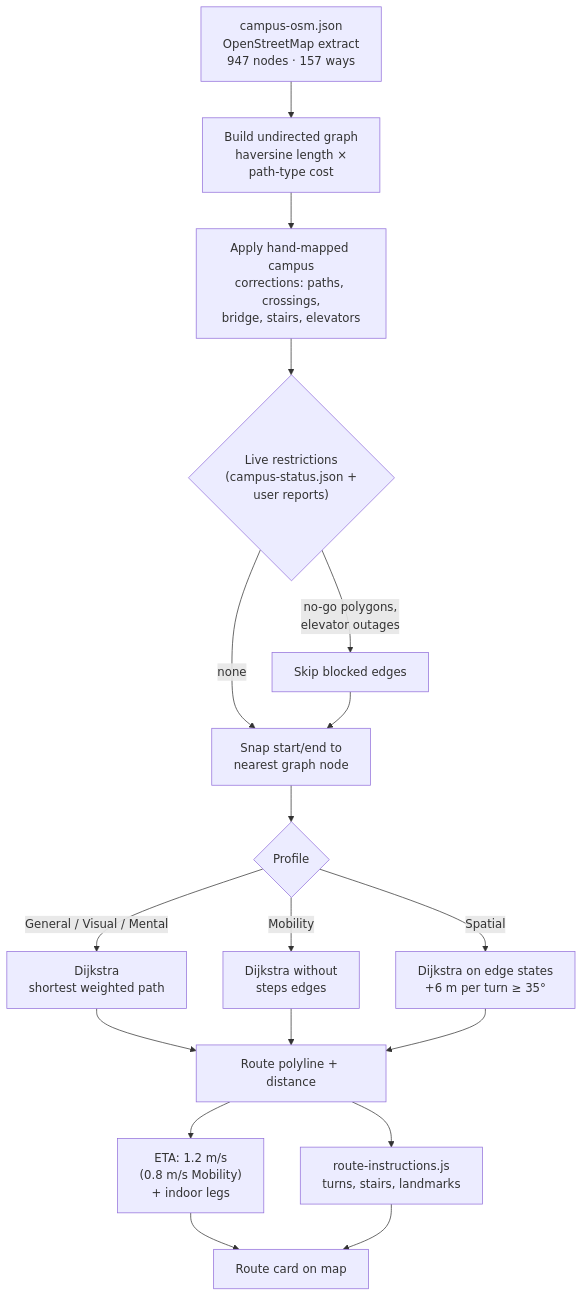
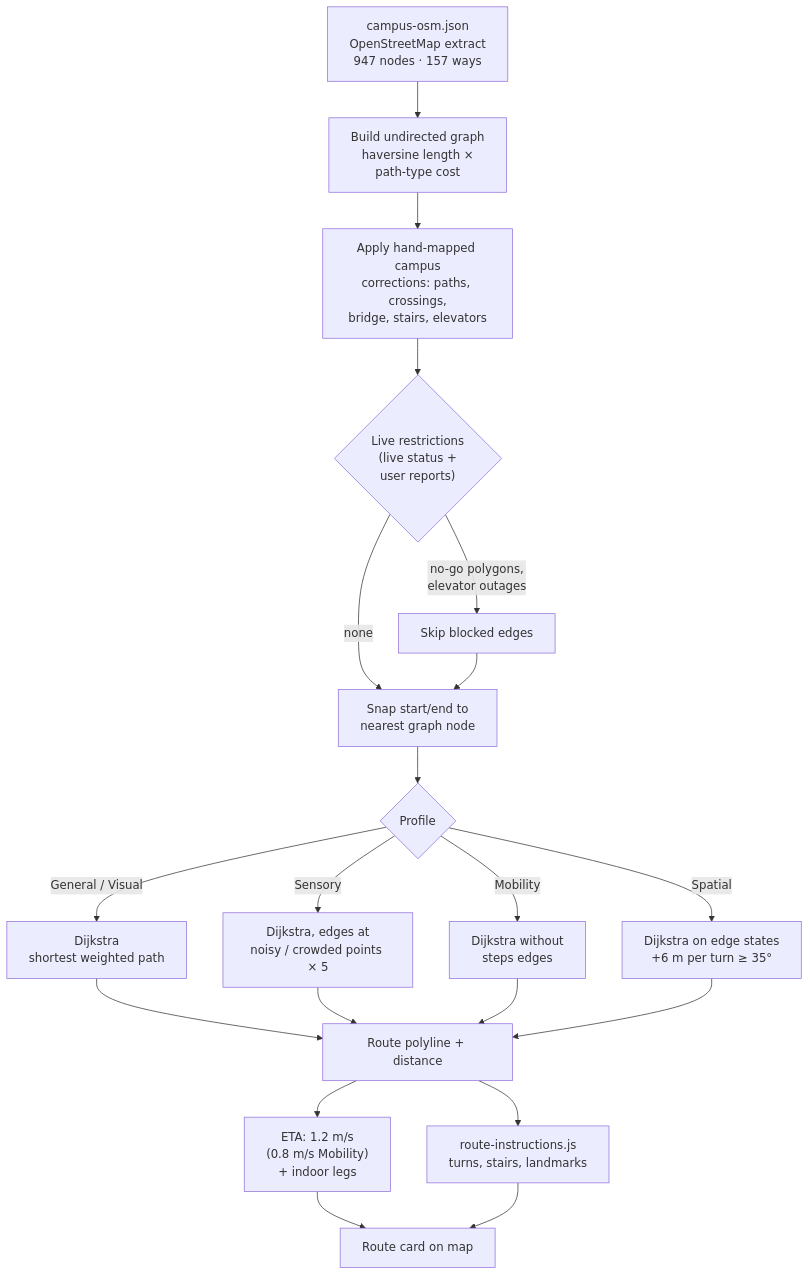
Before and after one commit to hadeel-hamodi/CampusWay: the first of 2 diagrams in docs/07-routing-and-navigation-algorithms.md, drawn with Mermaid. The commit also changed other lines of this file and 79 other files, not shown here.

````diff
--- a/docs/07-routing-and-navigation-algorithms.md
+++ b/docs/07-routing-and-navigation-algorithms.md
@@ -38,17 +38,18 @@
 ```mermaid
 flowchart TD
     osm["campus-osm.json<br/>OpenStreetMap extract<br/>947 nodes · 157 ways"] --> build["Build undirected graph<br/>haversine length ×<br/>path-type cost"]
     build --> corr["Apply hand-mapped campus<br/>corrections: paths, crossings,<br/>bridge, stairs, elevators"]
-    corr --> restr{"Live restrictions<br/>(campus-status.json +<br/>user reports)"}
+    corr --> restr{"Live restrictions<br/>(live status +<br/>user reports)"}
     restr -->|"no-go polygons,<br/>elevator outages"| filt["Skip blocked edges"]
     restr -->|none| snap
     filt --> snap["Snap start/end to<br/>nearest graph node"]
     snap --> prof{Profile}
-    prof -->|"General / Visual / Mental"| dij["Dijkstra<br/>shortest weighted path"]
+    prof -->|"General / Visual"| dij["Dijkstra<br/>shortest weighted path"]
+    prof -->|Sensory| dijn["Dijkstra, edges at<br/>noisy / crowded points × 5"]
     prof -->|Mobility| dijm["Dijkstra without<br/>steps edges"]
     prof -->|Spatial| turn["Dijkstra on edge states<br/>+6 m per turn ≥ 35°"]
-    dij & dijm & turn --> poly["Route polyline + distance"]
+    dij & dijn & dijm & turn --> poly["Route polyline + distance"]
     poly --> eta["ETA: 1.2 m/s<br/>(0.8 m/s Mobility)<br/>+ indoor legs"]
     poly --> ins["route-instructions.js<br/>turns, stairs, landmarks"]
     eta & ins --> card["Route card on map"]
 ```
````
